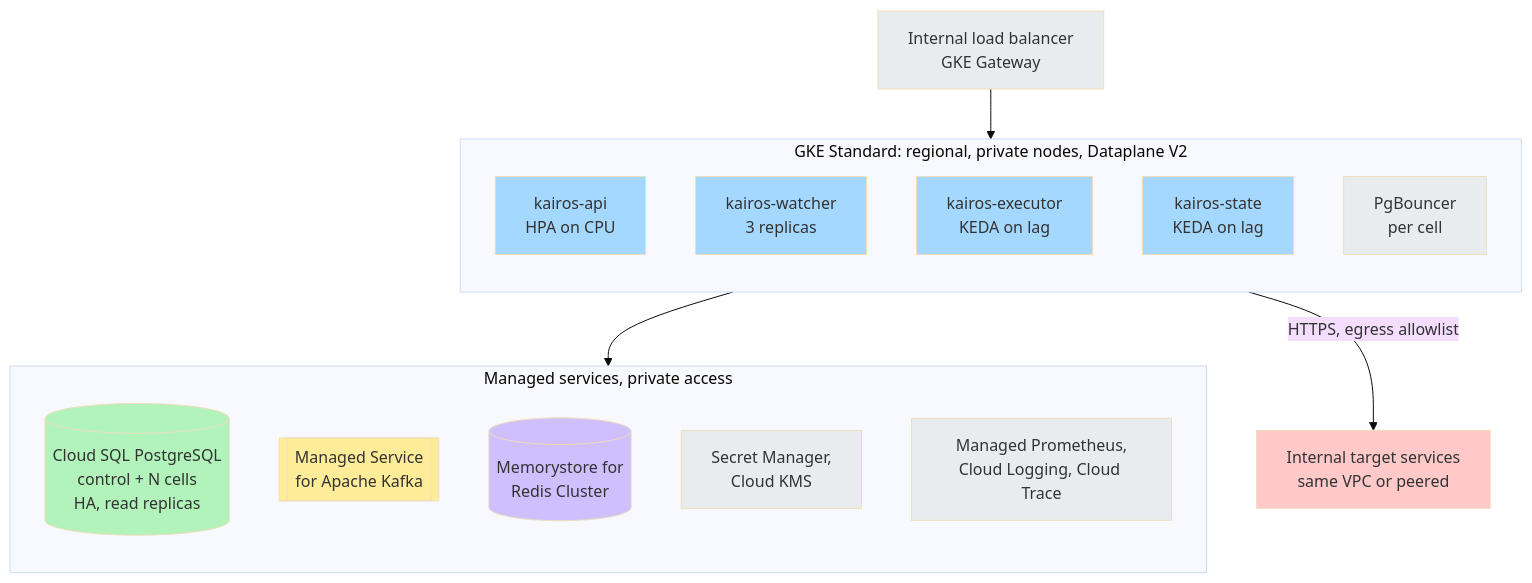
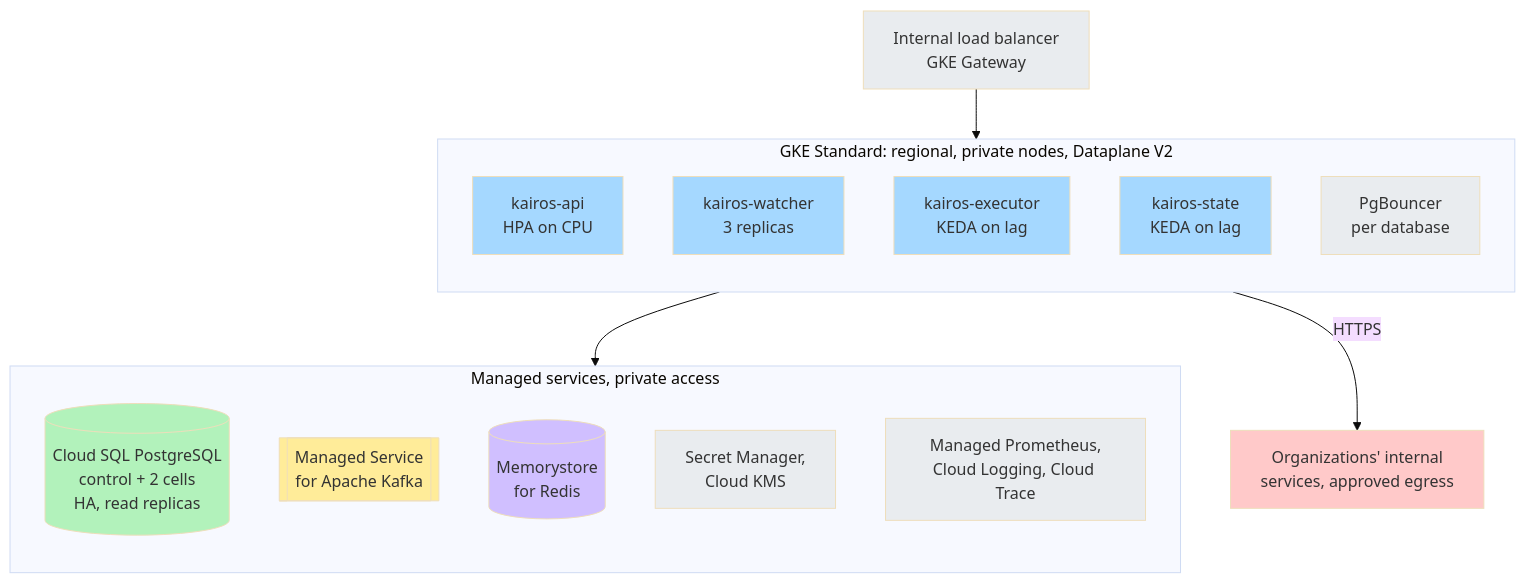
One commit to AbhishekKhot/Distributed-Job-Scheduler changed the diagram in lld/diagrams/src/hld-gcp-deployment.mmd. Above: the diagram before and after it, drawn with Mermaid (base theme). The commit also changed 21 other files, not shown here.

```diff
--- a/lld/diagrams/src/hld-gcp-deployment.mmd
+++ b/lld/diagrams/src/hld-gcp-deployment.mmd
@@ -1,28 +1,28 @@
 flowchart TB
   classDef svc fill:#a5d8ff
   classDef db fill:#b2f2bb
   classDef bus fill:#ffec99
   classDef ext fill:#ffc9c9
   classDef cache fill:#d0bfff
   classDef grey fill:#e9ecef
   ILB["Internal load balancer<br/>GKE Gateway"]:::grey
   subgraph GKE["GKE Standard: regional, private nodes, Dataplane V2"]
     direction TB
     API["kairos-api<br/>HPA on CPU"]:::svc
     W["kairos-watcher<br/>3 replicas"]:::svc
     E["kairos-executor<br/>KEDA on lag"]:::svc
     S["kairos-state<br/>KEDA on lag"]:::svc
-    PGB["PgBouncer<br/>per cell"]:::grey
+    PGB["PgBouncer<br/>per database"]:::grey
   end
   subgraph MANAGED["Managed services, private access"]
     direction TB
-    SQL[("Cloud SQL PostgreSQL<br/>control + N cells<br/>HA, read replicas")]:::db
+    SQL[("Cloud SQL PostgreSQL<br/>control + 2 cells<br/>HA, read replicas")]:::db
     MK[["Managed Service<br/>for Apache Kafka"]]:::bus
-    RD[("Memorystore for<br/>Redis Cluster")]:::cache
+    RD[("Memorystore<br/>for Redis")]:::cache
     SEC["Secret Manager,<br/>Cloud KMS"]:::grey
     OBS["Managed Prometheus,<br/>Cloud Logging, Cloud Trace"]:::grey
   end
-  TGT["Internal target services<br/>same VPC or peered"]:::ext
+  TGT["Organizations' internal<br/>services, approved egress"]:::ext
   ILB --> GKE
   GKE --> MANAGED
-  GKE -->|"HTTPS, egress allowlist"| TGT
+  GKE -->|"HTTPS"| TGT
```
